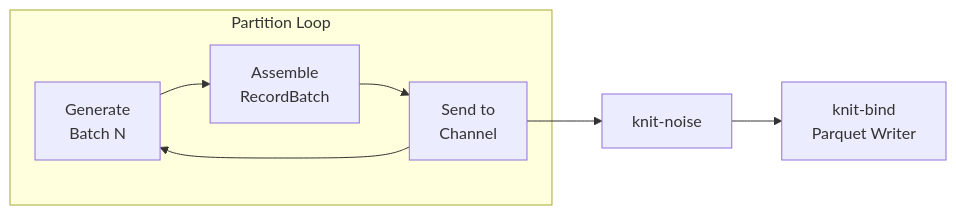
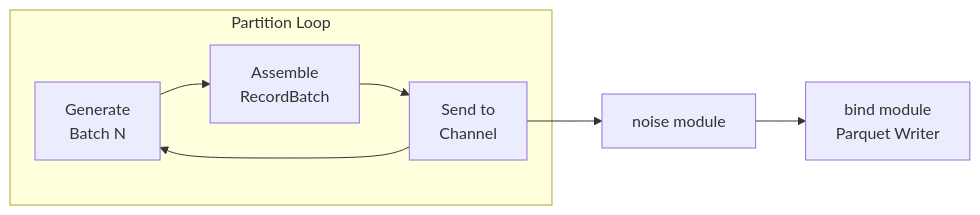
Before and after one commit to Yaming-Hub/knit: the seventh of 7 diagrams in docs/design-gen.md, drawn with Mermaid. The commit also changed other lines of this file and 10 other files, not shown here.

````diff
--- a/docs/design-gen.md
+++ b/docs/design-gen.md
@@ -1196,10 +1196,10 @@
 ```mermaid
 flowchart LR
     subgraph partition[Partition Loop]
         gen[Generate\nBatch N] --> assemble[Assemble\nRecordBatch]
         assemble --> send[Send to\nChannel]
         send --> gen
     end
-    send --> noise[knit-noise]
-    noise --> bind[knit-bind\nParquet Writer]
+    send --> noise[noise module]
+    noise --> bind[bind module\nParquet Writer]
 ```
````
